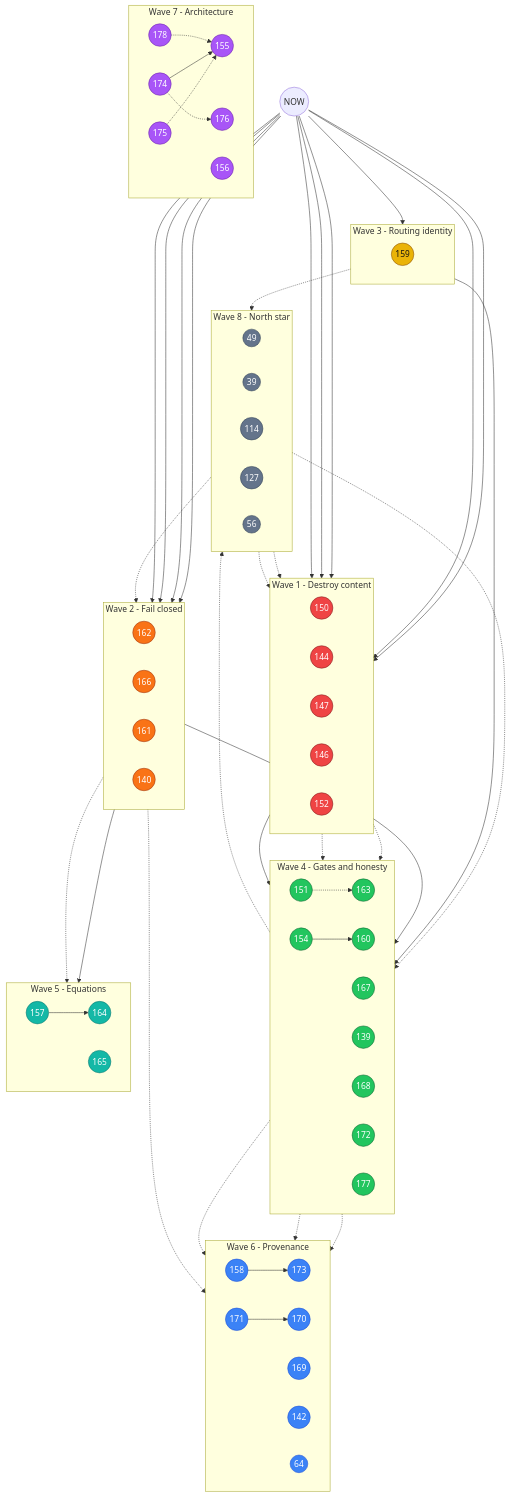
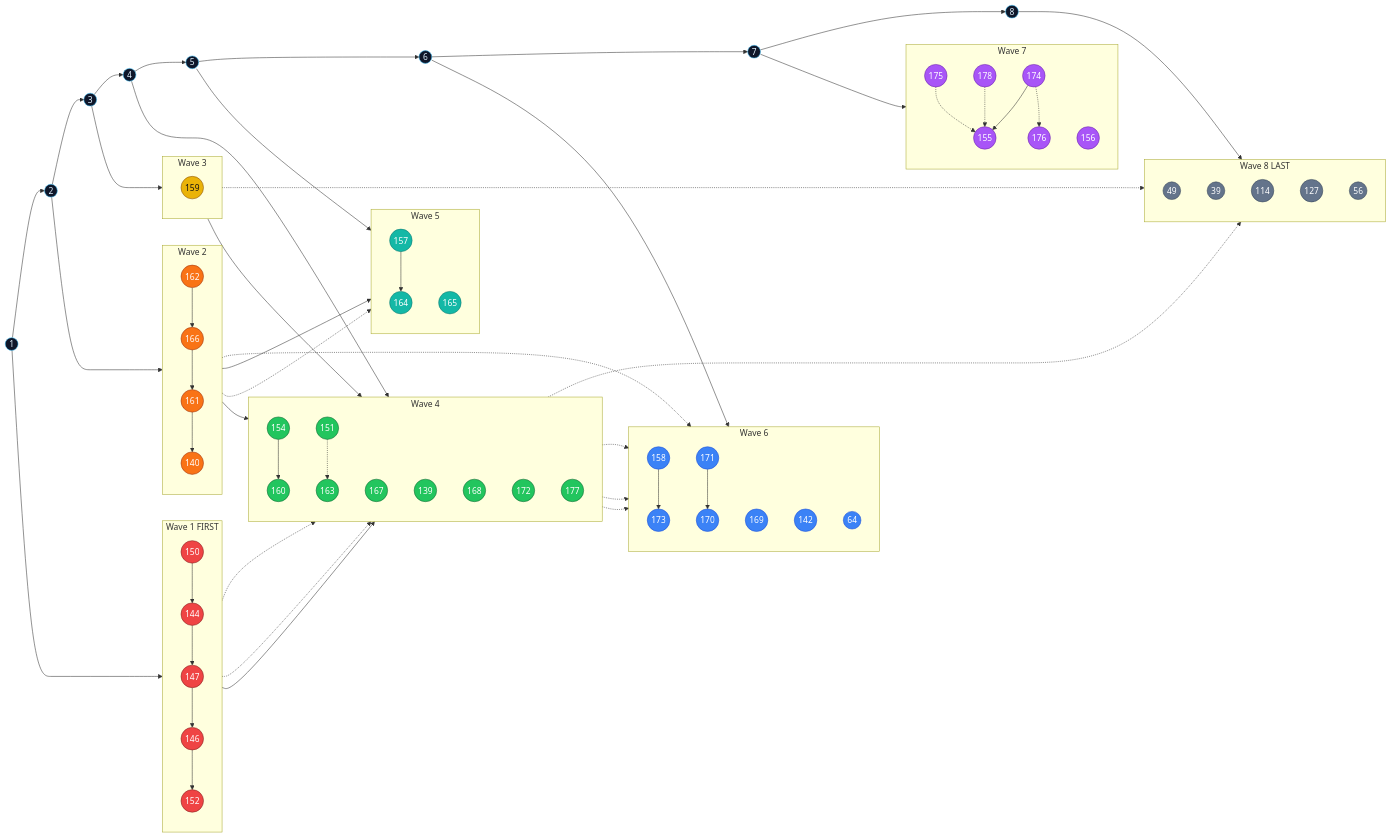
One commit to r-uben/socr changed the diagram in docs/plans/issue-priority-graph.md. Above: the diagram before and after it, drawn with Mermaid. The commit also changed other lines of this file and 1 other file, not shown here.

Commit message:
docs: make priority graph order explicit (left-to-right waves)
Add a single-lane start-here checklist, rank within each wave top-to-bottom,
and rebuild the Obsidian canvas as a left-to-right schedule with THEN spine.

````diff
--- a/docs/plans/issue-priority-graph.md
+++ b/docs/plans/issue-priority-graph.md
@@ -14,5 +49,5 @@
 ```mermaid
-flowchart TB
+flowchart LR
   classDef w1 fill:#ef4444,stroke:#7f1d1d,color:#fff
   classDef w2 fill:#f97316,stroke:#9a3412,color:#fff
   classDef w3 fill:#eab308,stroke:#854d0e,color:#111
@@ -21,130 +56,94 @@
   classDef w6 fill:#3b82f6,stroke:#1d4ed8,color:#fff
   classDef w7 fill:#a855f7,stroke:#6b21a8,color:#fff
   classDef w8 fill:#64748b,stroke:#334155,color:#fff
+  classDef seq fill:#0f172a,stroke:#38bdf8,color:#e0f2fe
 
-  NOW((NOW))
+  W1((1)):::seq --> W2((2)):::seq --> W3((3)):::seq --> W4((4)):::seq --> W5((5)):::seq --> W6((6)):::seq --> W7((7)):::seq --> W8((8)):::seq
 
-  subgraph WAVE1["Wave 1 - Destroy content"]
-    direction LR
-    I150((150))
-    I144((144))
-    I147((147))
-    I146((146))
-    I152((152))
+  subgraph WAVE1["Wave 1 FIRST"]
+    direction TB
+    I150((150)):::w1 --> I144((144)):::w1 --> I147((147)):::w1 --> I146((146)):::w1 --> I152((152)):::w1
   end
 
-  subgraph WAVE2["Wave 2 - Fail closed"]
-    direction LR
-    I162((162))
-    I166((166))
-    I161((161))
-    I140((140))
+  subgraph WAVE2["Wave 2"]
+    direction TB
+    I162((162)):::w2 --> I166((166)):::w2 --> I161((161)):::w2 --> I140((140)):::w2
   end
 
-  subgraph WAVE3["Wave 3 - Routing identity"]
-    direction LR
-    I159((159))
+  subgraph WAVE3["Wave 3"]
+    direction TB
+    I159((159)):::w3
   end
 
-  subgraph WAVE4["Wave 4 - Gates and honesty"]
-    direction LR
-    I151((151))
-    I167((167))
-    I163((163))
-    I154((154))
-    I160((160))
-    I139((139))
-    I168((168))
-    I172((172))
-    I177((177))
+  subgraph WAVE4["Wave 4"]
+    direction TB
+    I151((151)):::w4
+    I167((167)):::w4
+    I163((163)):::w4
+    I154((154)):::w4 --> I160((160)):::w4
+    I139((139)):::w4
+    I168((168)):::w4
+    I172((172)):::w4
+    I177((177)):::w4
   end
 
-  subgraph WAVE5["Wave 5 - Equations"]
-    direction LR
-    I157((157))
-    I165((165))
-    I164((164))
+  subgraph WAVE5["Wave 5"]
+    direction TB
+    I157((157)):::w5 --> I164((164)):::w5
+    I165((165)):::w5
   end
 
-  subgraph WAVE6["Wave 6 - Provenance"]
-    direction LR
-    I158((158))
-    I173((173))
-    I171((171))
-    I170((170))
-    I169((169))
-    I142((142))
-    I64((64))
+  subgraph WAVE6["Wave 6"]
+    direction TB
+    I158((158)):::w6 --> I173((173)):::w6
+    I171((171)):::w6 --> I170((170)):::w6
+    I169((169)):::w6
+    I142((142)):::w6
+    I64((64)):::w6
   end
 
-  subgraph WAVE7["Wave 7 - Architecture"]
-    direction LR
-    I178((178))
-    I174((174))
-    I175((175))
-    I176((176))
-    I155((155))
-    I156((156))
+  subgraph WAVE7["Wave 7"]
+    direction TB
+    I178((178)):::w7
+    I174((174)):::w7 --> I155((155)):::w7
+    I175((175)):::w7
+    I176((176)):::w7
+    I156((156)):::w7
   end
 
-  subgraph WAVE8["Wave 8 - North star"]
-    direction LR
-    I49((49))
-    I39((39))
-    I114((114))
-    I127((127))
-    I56((56))
+  subgraph WAVE8["Wave 8 LAST"]
+    direction TB
+    I49((49)):::w8
+    I39((39)):::w8
+    I114((114)):::w8
+    I127((127)):::w8
+    I56((56)):::w8
   end
 
-  NOW --> I150
-  NOW --> I144
-  NOW --> I147
-  NOW --> I146
-  NOW --> I152
-  NOW --> I162
-  NOW --> I166
-  NOW --> I161
-  NOW --> I140
-  NOW --> I159
+  W1 --> I150
+  W2 --> I162
+  W3 --> I159
+  W4 --> I151
+  W5 --> I157
+  W6 --> I158
+  W7 --> I178
+  W8 --> I49
 
   I144 -.-> I151
   I146 -.-> I151
   I150 --> I167
   I162 --> I163
   I151 -.-> I163
-
   I159 --> I154
-  I154 --> I160
   I139 -.-> I142
   I154 -.-> I142
   I168 -.-> I142
-
   I140 --> I165
-  I157 --> I164
   I140 -.-> I157
-
-  I158 --> I173
   I161 -.-> I169
-  I171 --> I170
-
   I178 -.-> I155
-  I174 --> I155
   I174 -.-> I176
   I175 -.-> I155
-
   I159 -.-> I114
   I154 -.-> I114
-  I49 -.-> I151
-  I49 -.-> I162
-  I56 -.-> I150
-  I56 -.-> I144
-
-  class I150,I144,I147,I146,I152 w1
-  class I162,I166,I161,I140 w2
-  class I159 w3
-  class I151,I167,I163,I154,I160,I139,I168,I172,I177 w4
-  class I157,I165,I164 w5
-  class I158,I173,I171,I170,I169,I142,I64 w6
-  class I178,I174,I175,I176,I155,I156 w7
-  class I49,I39,I114,I127,I56 w8
 ```
````
